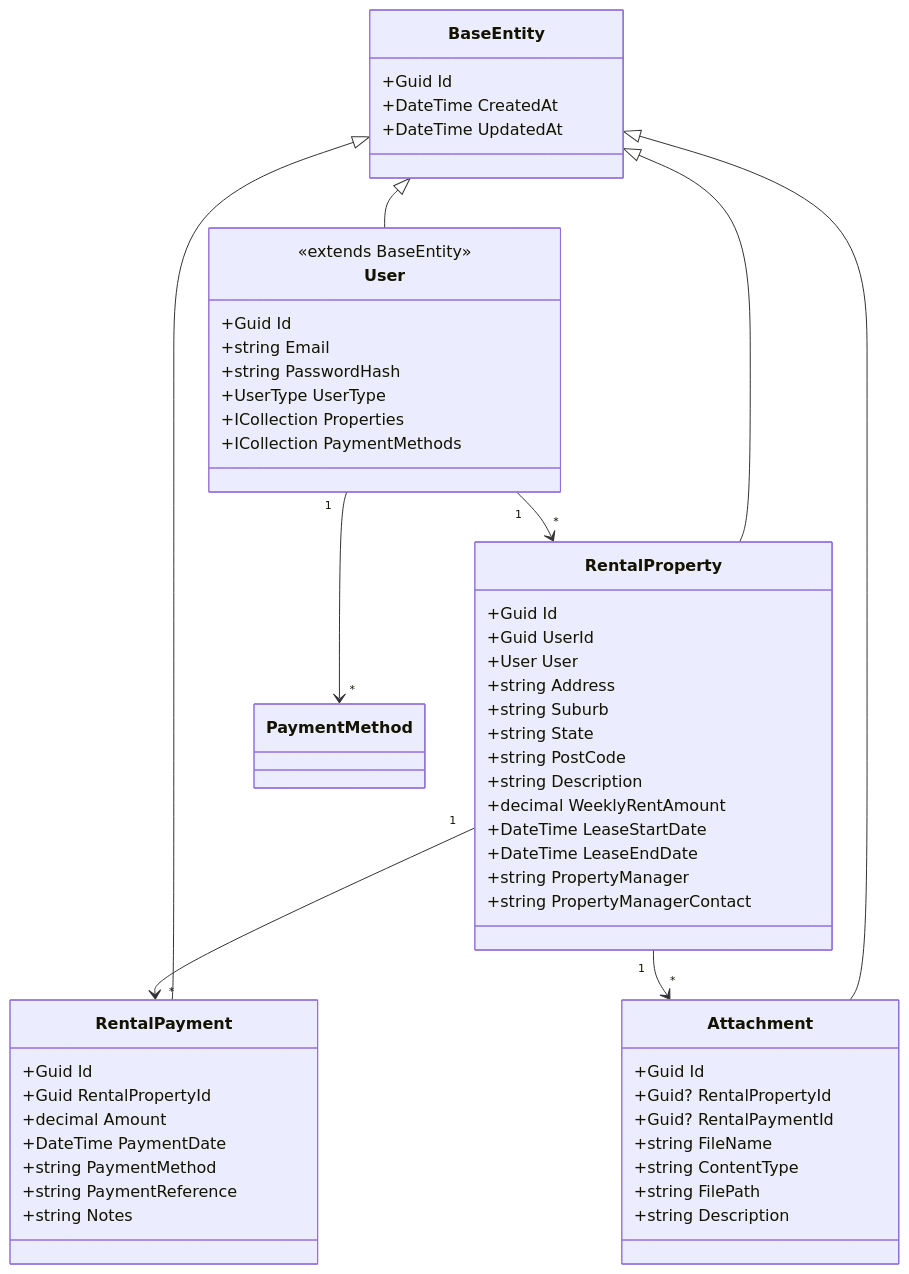
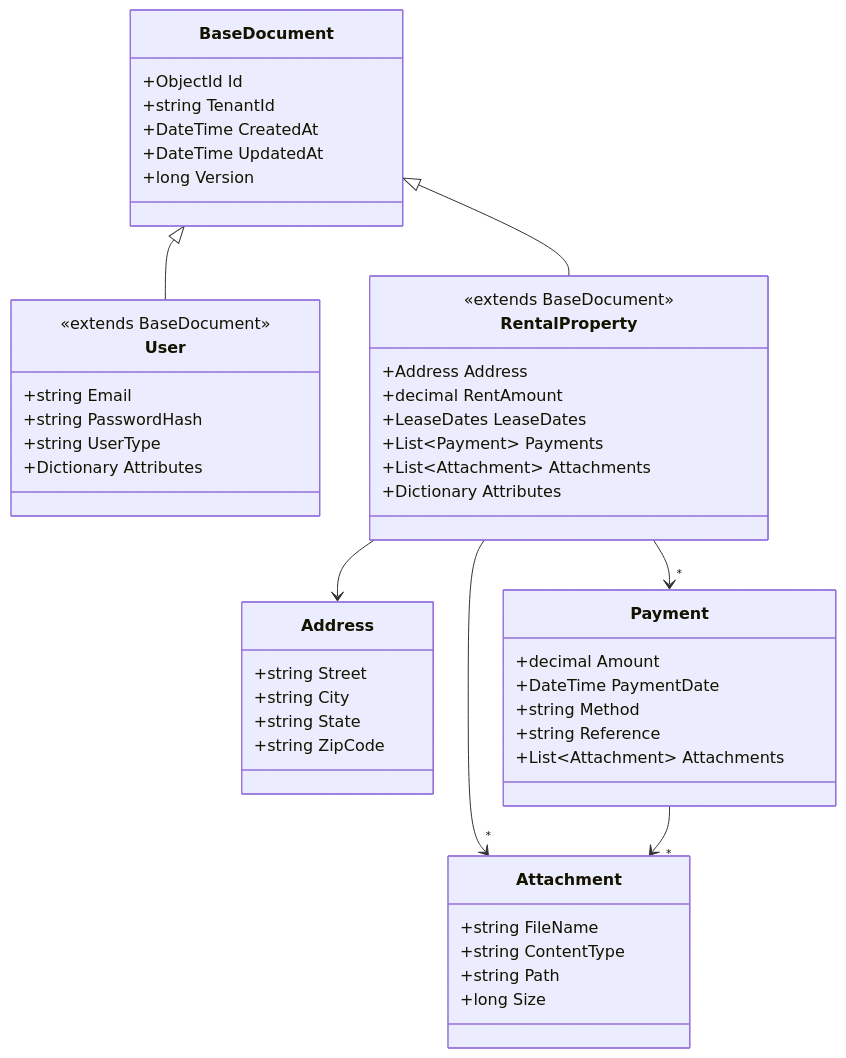
The third of 8 diagrams in README.md (rohanmarathe567-code/RentTracker), drawn with Mermaid before and after one commit. The commit also changed other lines of this file and 4 other files, not shown here.

````diff
--- a/README.md
+++ b/README.md
@@ -271,58 +333,51 @@
 ```mermaid
 classDiagram
-    class BaseEntity {
-        +Guid Id
+    class BaseDocument {
+        +ObjectId Id
+        +string TenantId
         +DateTime CreatedAt
         +DateTime UpdatedAt
+        +long Version
     }
     class User {
-        <<extends BaseEntity>>
-        +Guid Id
+        <<extends BaseDocument>>
         +string Email
         +string PasswordHash
-        +UserType UserType
-        +ICollection<RentalProperty> Properties
-        +ICollection<PaymentMethod> PaymentMethods
+        +string UserType
+        +Dictionary Attributes
     }
     class RentalProperty {
-        +Guid Id
-        +Guid UserId
-        +User User
-        +string Address
-        +string Suburb
+        <<extends BaseDocument>>
+        +Address Address
+        +decimal RentAmount
+        +LeaseDates LeaseDates
+        +List~Payment~ Payments
+        +List~Attachment~ Attachments
+        +Dictionary Attributes
+    }
+    class Address {
+        +string Street
+        +string City
         +string State
-        +string PostCode
-        +string Description
-        +decimal WeeklyRentAmount
-        +DateTime LeaseStartDate
-        +DateTime LeaseEndDate
-        +string PropertyManager
-        +string PropertyManagerContact
+        +string ZipCode
     }
-    class RentalPayment {
-        +Guid Id
-        +Guid RentalPropertyId
+    class Payment {
         +decimal Amount
         +DateTime PaymentDate
-        +string PaymentMethod
-        +string PaymentReference
-        +string Notes
+        +string Method
+        +string Reference
+        +List~Attachment~ Attachments
     }
     class Attachment {
-        +Guid Id
-        +Guid? RentalPropertyId
-        +Guid? RentalPaymentId
         +string FileName
         +string ContentType
-        +string FilePath
-        +string Description
+        +string Path
+        +long Size
     }
-    BaseEntity <|-- User
-    BaseEntity <|-- RentalProperty
-    BaseEntity <|-- RentalPayment
-    BaseEntity <|-- Attachment
-    User "1" --> "*" RentalProperty
-    User "1" --> "*" PaymentMethod
-    RentalProperty "1" --> "*" RentalPayment
-    RentalProperty "1" --> "*" Attachment
+    BaseDocument <|-- User
+    BaseDocument <|-- RentalProperty
+    RentalProperty --> Address
+    RentalProperty --> "*" Payment
+    RentalProperty --> "*" Attachment
+    Payment --> "*" Attachment
 ```
````
